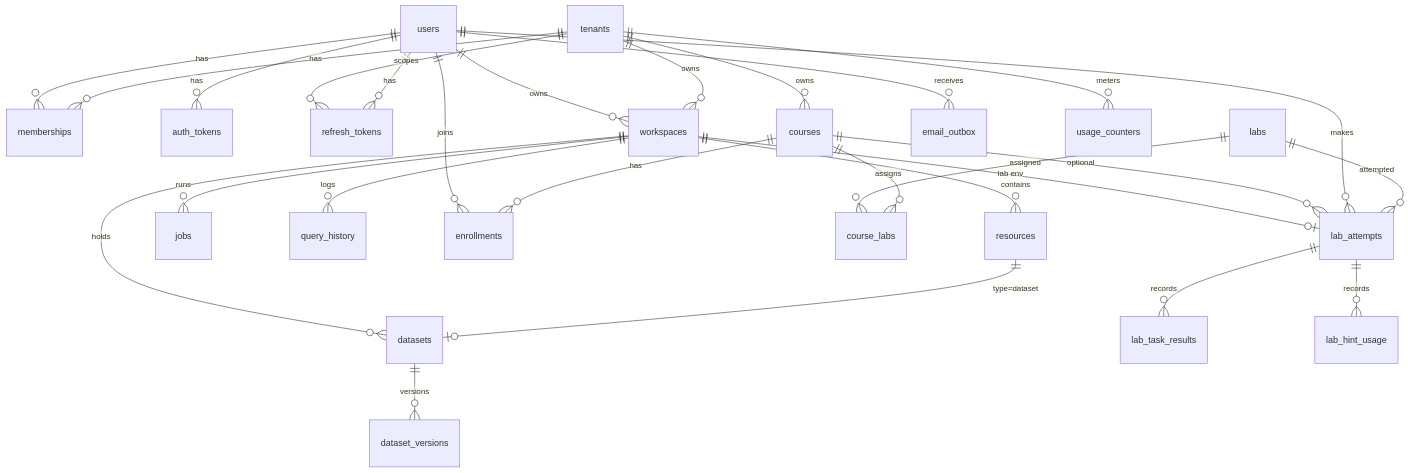
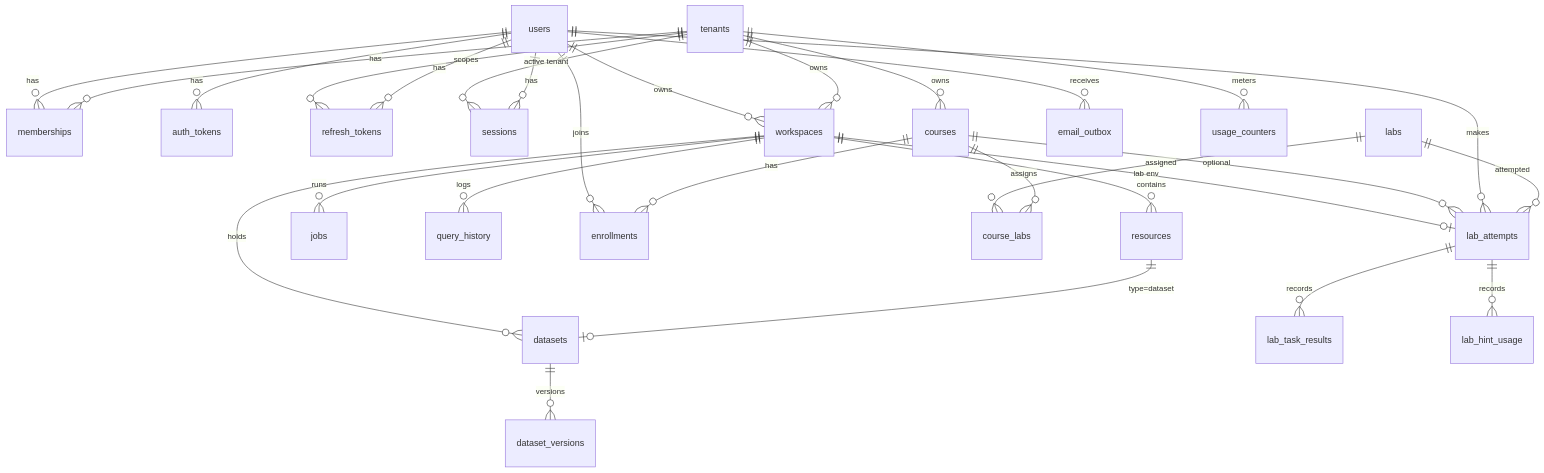
The diagram in docs/database/SCHEMA.md (gustabin/educloudlab), drawn with Mermaid before and after one commit. The commit also changed other lines of this file and 63 other files, not shown here.

````diff
--- a/docs/database/SCHEMA.md
+++ b/docs/database/SCHEMA.md
@@ -63,29 +64,31 @@
 ```mermaid
 erDiagram
   tenants ||--o{ memberships : has
   users ||--o{ memberships : has
   users ||--o{ auth_tokens : has
   users ||--o{ refresh_tokens : has
+  users ||--o{ sessions : has
+  tenants ||--o{ sessions : "active tenant"
   tenants ||--o{ refresh_tokens : scopes
   tenants ||--o{ workspaces : owns
   users ||--o{ workspaces : owns
   workspaces ||--o{ resources : contains
   resources ||--o| datasets : "type=dataset"
   workspaces ||--o{ datasets : holds
   datasets ||--o{ dataset_versions : versions
   workspaces ||--o{ jobs : runs
   workspaces ||--o{ query_history : logs
   tenants ||--o{ courses : owns
   courses ||--o{ enrollments : has
   users ||--o{ enrollments : joins
   courses ||--o{ course_labs : assigns
   labs ||--o{ course_labs : assigned
   labs ||--o{ lab_attempts : attempted
   users ||--o{ lab_attempts : makes
   courses ||--o{ lab_attempts : "optional"
   workspaces ||--o| lab_attempts : "lab env"
   lab_attempts ||--o{ lab_task_results : records
   lab_attempts ||--o{ lab_hint_usage : records
   users ||--o{ email_outbox : receives
   tenants ||--o{ usage_counters : meters
 ```
````
